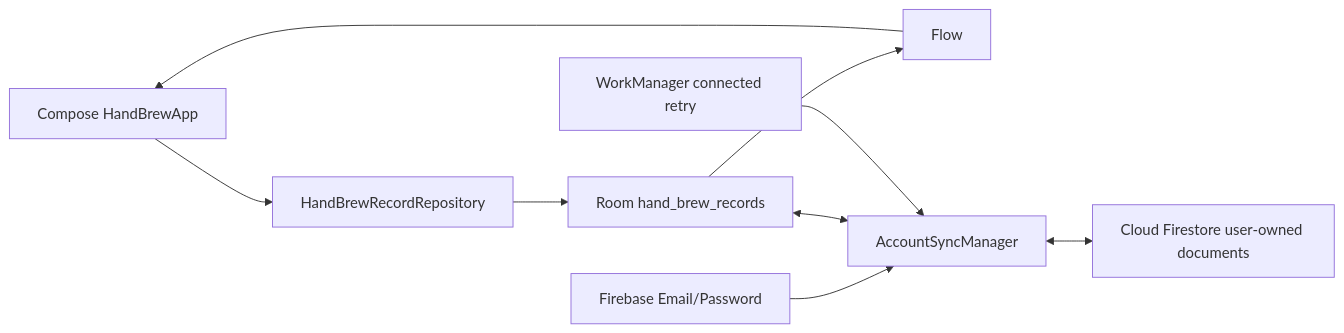
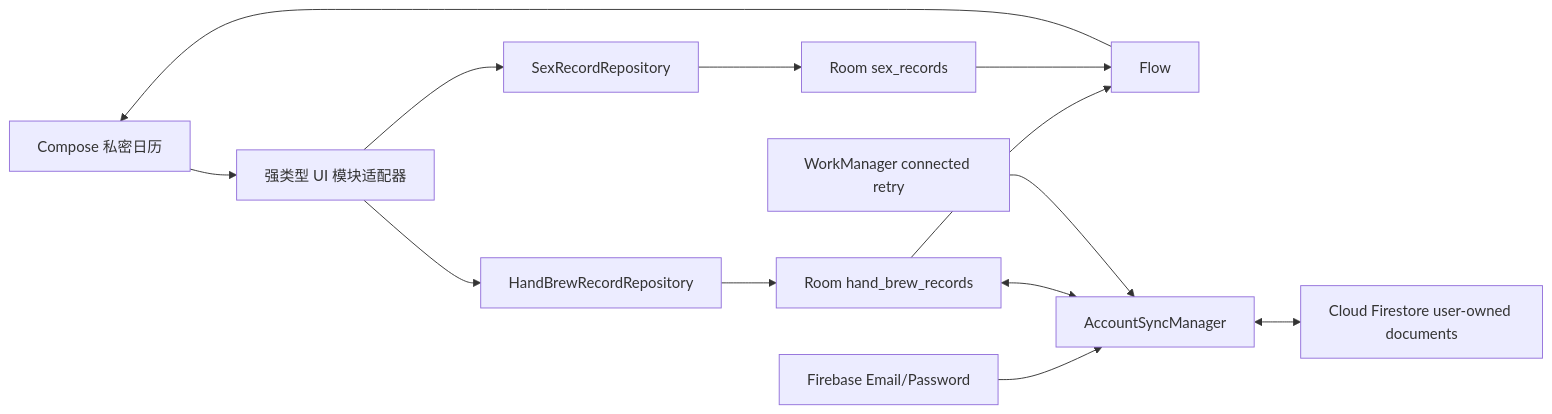
The diagram in docs/ARCHITECTURE.md (LitaoG/daily-record-app), drawn with Mermaid before and after one commit. The commit also changed other lines of this file and 76 other files, not shown here.

First line of the commit message:
Add an isolated sex record module (#34)

````diff
--- a/docs/ARCHITECTURE.md
+++ b/docs/ARCHITECTURE.md
@@ -15,11 +15,15 @@
 ```mermaid
 flowchart LR
-    UI[Compose HandBrewApp] --> REPO[HandBrewRecordRepository]
-    REPO --> ROOM[Room hand_brew_records]
+    UI[Compose 私密日历] --> ROUTE[强类型 UI 模块适配器]
+    ROUTE --> BREW[HandBrewRecordRepository]
+    ROUTE --> SEX[SexRecordRepository]
+    BREW --> ROOM[Room hand_brew_records]
+    SEX --> ROOM2[Room sex_records]
     ROOM --> FLOW[Flow]
+    ROOM2 --> FLOW
     FLOW --> UI
     AUTH[Firebase Email/Password] --> SYNC[AccountSyncManager]
     ROOM <--> SYNC
     SYNC <--> CLOUD[Cloud Firestore user-owned documents]
     WORK[WorkManager connected retry] --> SYNC
 ```
````
